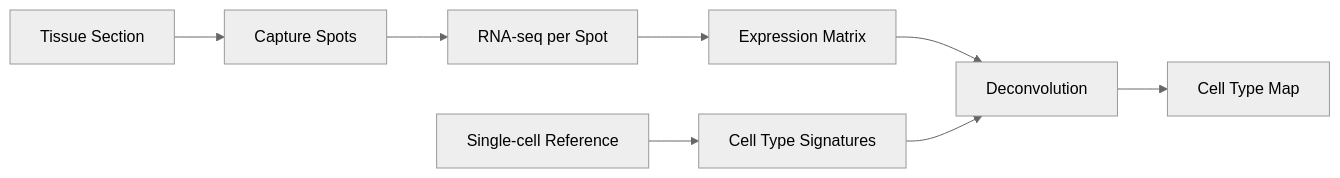
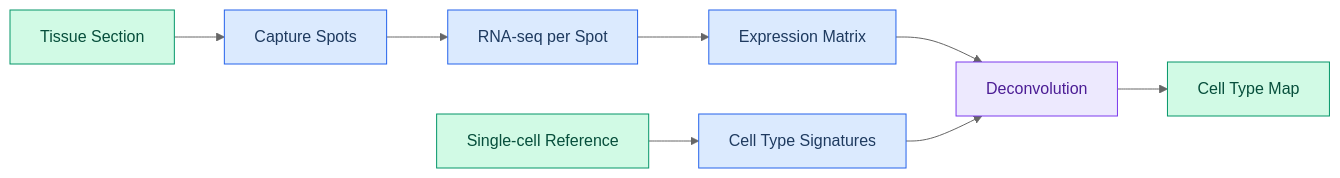
One commit to avitai/DiffBio changed the second of 3 diagrams in docs/examples/advanced/multiomics-integration.md. Above: the diagram before and after it, drawn with Mermaid (neutral theme). The commit also changed other lines of this file and 124 other files, not shown here.

````diff
--- a/docs/examples/advanced/multiomics-integration.md
+++ b/docs/examples/advanced/multiomics-integration.md
@@ -71,10 +83,19 @@
 ```mermaid
 graph LR
     A[Tissue Section] --> B[Capture Spots]
     B --> C[RNA-seq per Spot]
     C --> D[Expression Matrix]
     E[Single-cell Reference] --> F[Cell Type Signatures]
     D --> G[Deconvolution]
     F --> G
     G --> H[Cell Type Map]
+
+    style A fill:#d1fae5,stroke:#059669,color:#064e3b
+    style B fill:#dbeafe,stroke:#2563eb,color:#1e3a5f
+    style C fill:#dbeafe,stroke:#2563eb,color:#1e3a5f
+    style D fill:#dbeafe,stroke:#2563eb,color:#1e3a5f
+    style E fill:#d1fae5,stroke:#059669,color:#064e3b
+    style F fill:#dbeafe,stroke:#2563eb,color:#1e3a5f
+    style G fill:#ede9fe,stroke:#7c3aed,color:#4c1d95
+    style H fill:#d1fae5,stroke:#059669,color:#064e3b
 ```
````
